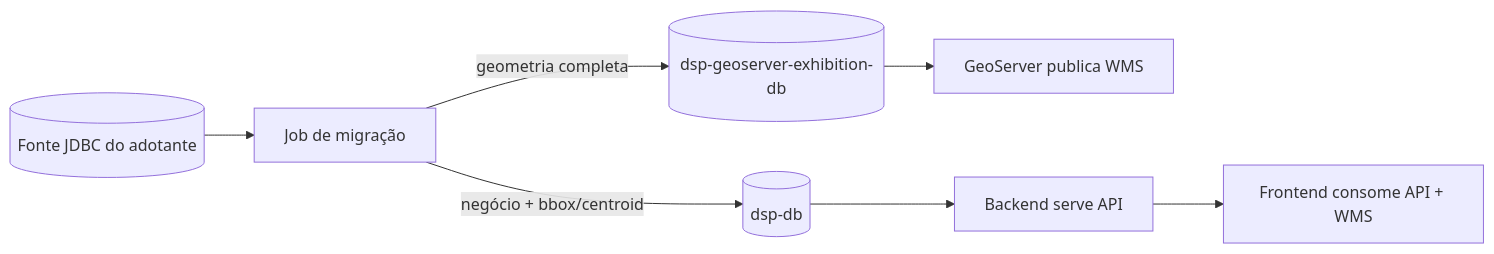
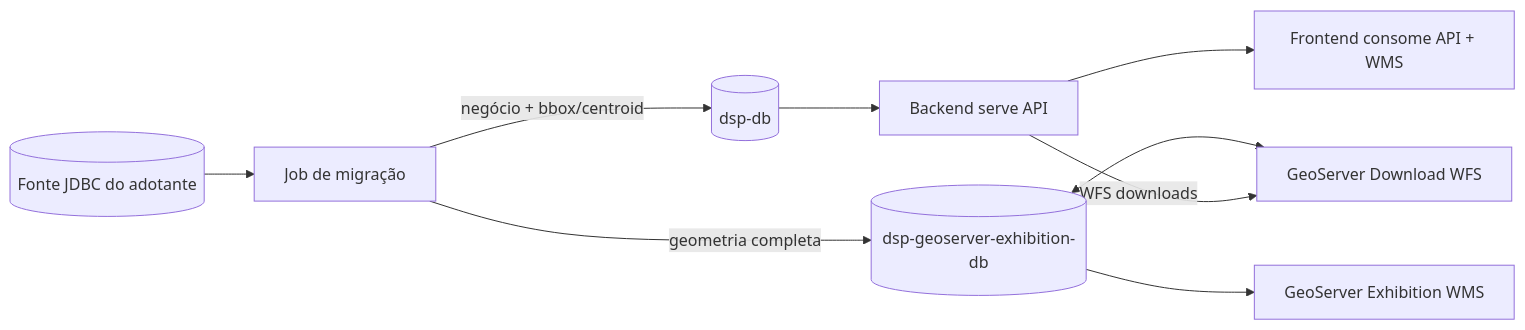
The second of 3 diagrams in docs/modules/core.md (kleber-albino/rer-dsp-docs), drawn with Mermaid before and after one commit. The commit also changed other lines of this file and 12 other files, not shown here.

First line of the commit message:
docs: update for dual GeoServer setup (Exhibition & Download)

````diff
--- a/docs/modules/core.md
+++ b/docs/modules/core.md
@@ -117,9 +118,11 @@
 ```mermaid
 flowchart LR
   src[(Fonte JDBC do adotante)] --> job[Job de migração]
   job -->|"negócio + bbox/centroid"| dspdb[(dsp-db)]
   job -->|"geometria completa"| exdb[(dsp-geoserver-exhibition-db)]
-  exdb --> gs[GeoServer publica WMS]
+  exdb --> gsEx[GeoServer Exhibition WMS]
+  exdb <--> gsDl[GeoServer Download WFS]
   dspdb --> be[Backend serve API]
   be --> fe[Frontend consome API + WMS]
+  be -->|WFS downloads| gsDl
 ```
````
